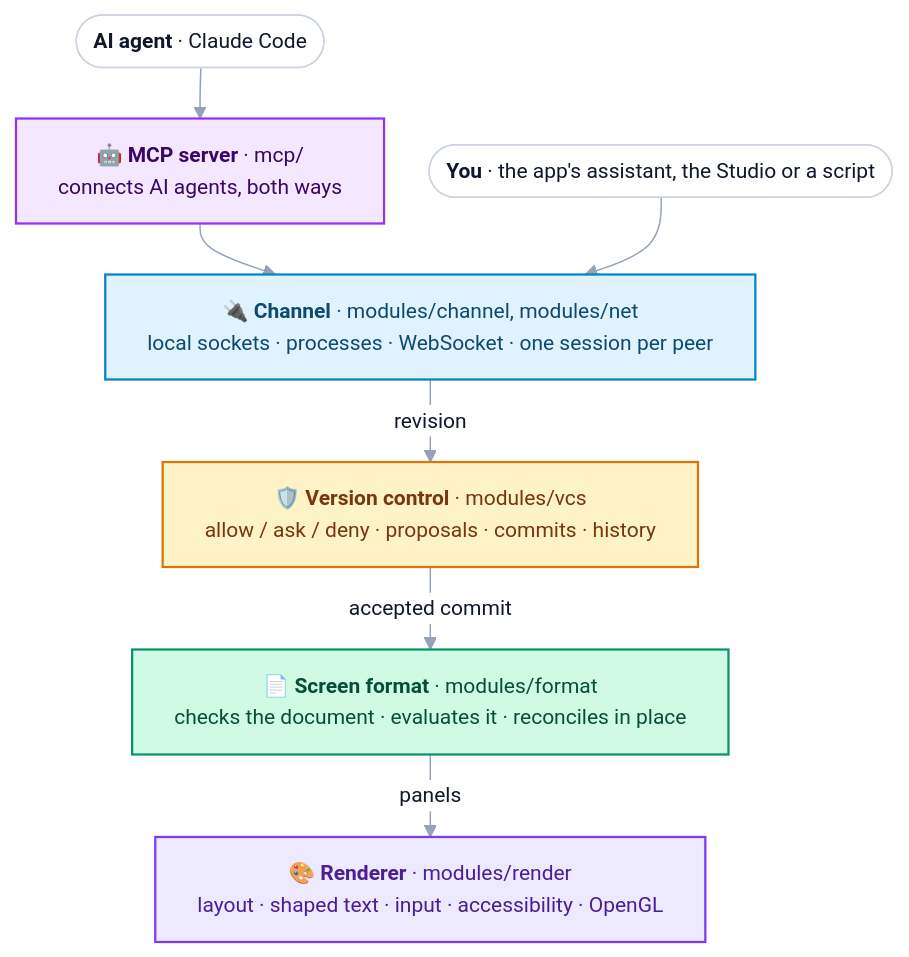
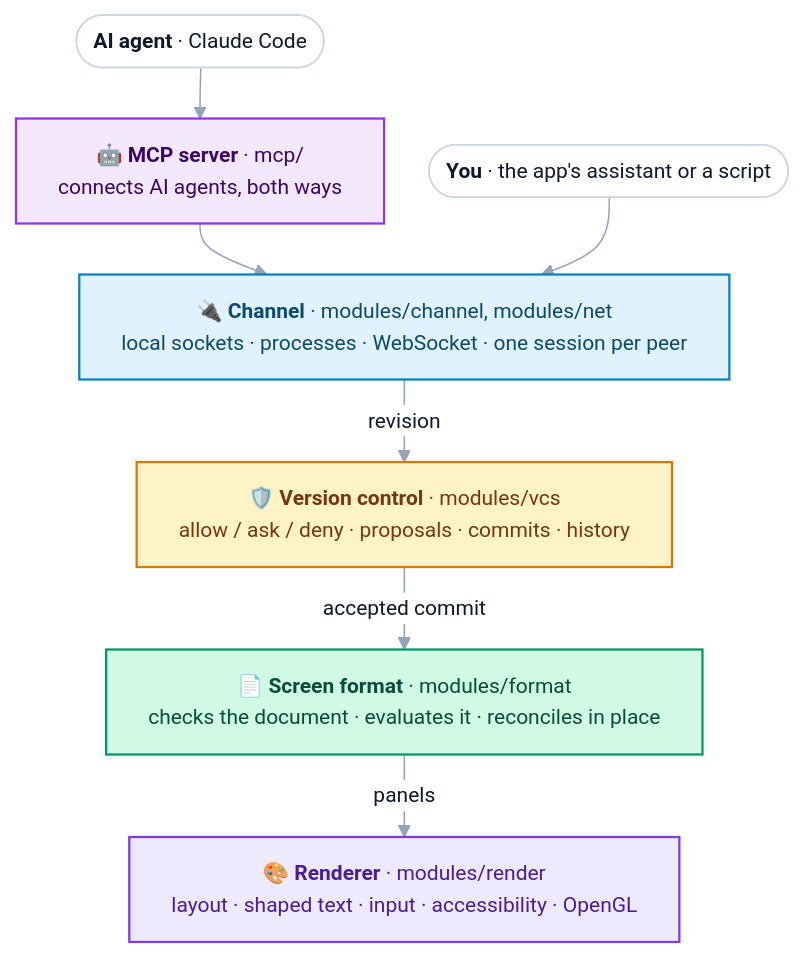
Before and after one commit to RiccardoSottini/AffrescoUI: the second of 4 diagrams in README.md, drawn with Mermaid. The commit also changed other lines of this file and 172 other files, not shown here.

````diff
--- a/README.md
+++ b/README.md
@@ -124,32 +124,32 @@
 ```mermaid
 %%{init: {"theme": "base", "flowchart": {"nodeSpacing": 30, "rankSpacing": 34, "padding": 14, "wrappingWidth": 400}, "themeVariables": {"fontFamily": "Helvetica, Arial, sans-serif", "fontSize": "14px", "lineColor": "#94A3B8", "primaryTextColor": "#0F172A", "edgeLabelBackground": "#FFFFFF"}}}%%
 flowchart TB
-    studio(["<b>You</b> · the app's assistant, the Studio or a script"])
+    studio(["<b>You</b> · the app's assistant or a script"])
     agent(["<b>AI agent</b> · Claude Code"])
 
     mcp["🤖 <b>MCP server</b> · mcp/<br/>connects AI agents, both ways"]
     channel["🔌 <b>Channel</b> · modules/channel, modules/net<br/>local sockets · processes · WebSocket · one session per peer"]
     vcs["🛡️ <b>Version control</b> · modules/vcs<br/>allow / ask / deny · proposals · commits · history"]
     format["📄 <b>Screen format</b> · modules/format<br/>checks the document · evaluates it · reconciles in place"]
     render["🎨 <b>Renderer</b> · modules/render<br/>layout · shaped text · input · accessibility · OpenGL"]
 
     agent --> mcp
     mcp --> channel
     studio --> channel
     channel -- "revision" --> vcs
     vcs -- "accepted commit" --> format
     format -- "panels" --> render
 
     classDef peer fill:#FFFFFF,stroke:#CBD5E1,color:#0F172A
     classDef c_mcp fill:#F3E8FF,stroke:#9333EA,stroke-width:1.5px,color:#3B0764
     classDef c_channel fill:#E0F2FE,stroke:#0284C7,stroke-width:1.5px,color:#0C4A6E
     classDef c_vcs fill:#FEF3C7,stroke:#D97706,stroke-width:1.5px,color:#78350F
     classDef c_format fill:#D1FAE5,stroke:#059669,stroke-width:1.5px,color:#064E3B
     classDef c_render fill:#EDE9FE,stroke:#7C3AED,stroke-width:1.5px,color:#4C1D95
     class studio,agent peer
     class mcp c_mcp
     class channel c_channel
     class vcs c_vcs
     class format c_format
     class render c_render
 ```
````
